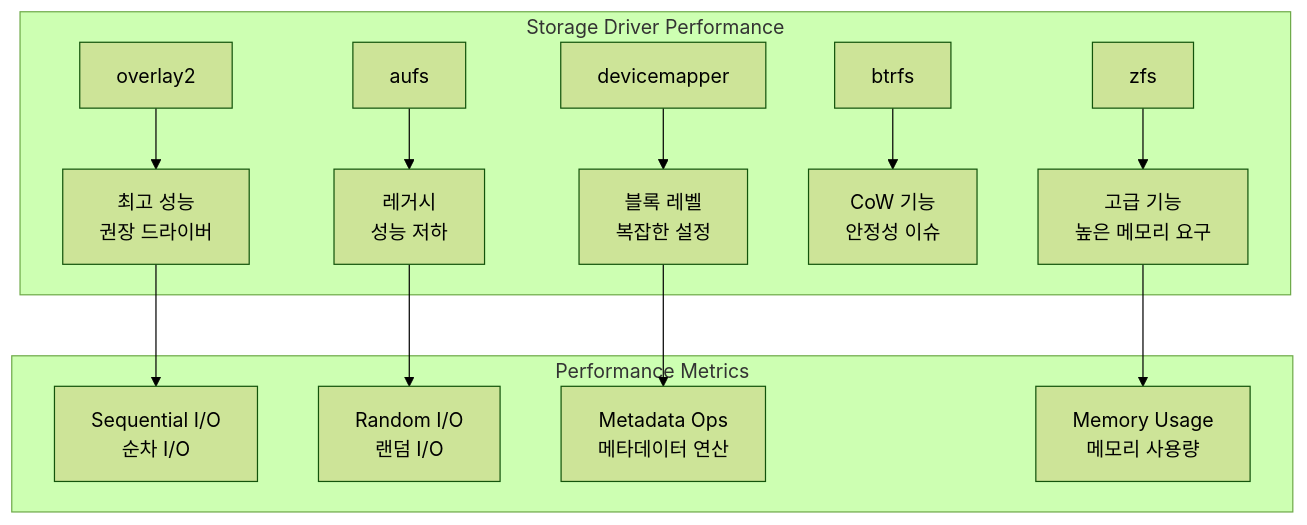
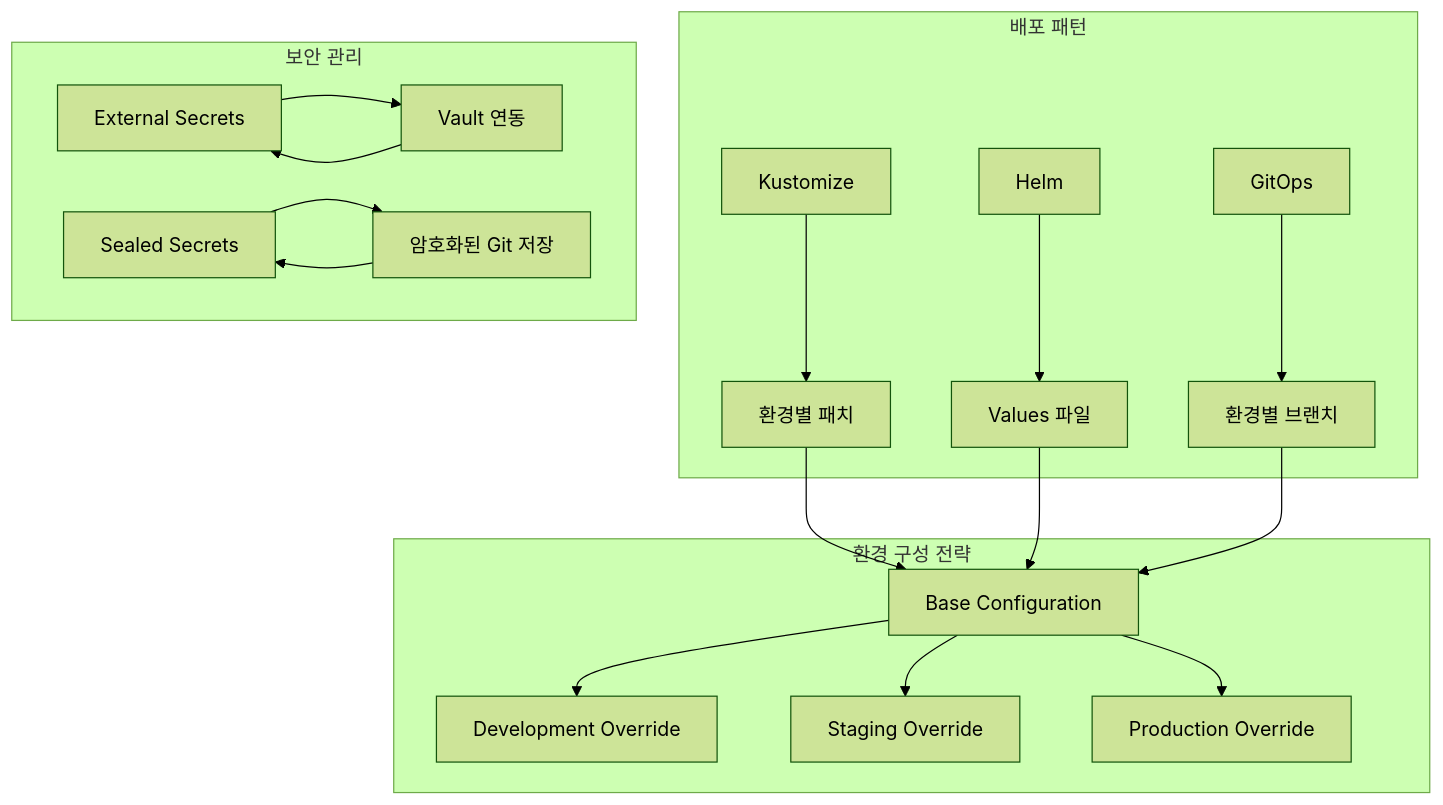
Before and after one commit to niceguy61/kdt_devops_lecture_2025: the fourth of 4 diagrams in week_02/day_02/session_04.md, drawn with Mermaid (forest theme). The commit also changed other lines of this file and 38 other files, not shown here.

````diff
--- a/week_02/day_02/session_04.md
+++ b/week_02/day_02/session_04.md
@@ -15,22 +217,25 @@
 ```mermaid
 graph TB
-    subgraph "Storage Driver Performance"
-        A[overlay2] --> B[최고 성능<br/>권장 드라이버]
-        C[aufs] --> D[레거시<br/>성능 저하]
-        E[devicemapper] --> F[블록 레벨<br/>복잡한 설정]
-        G[btrfs] --> H[CoW 기능<br/>안정성 이슈]
-        I[zfs] --> J[고급 기능<br/>높은 메모리 요구]
+    subgraph "환경 구성 전략"
+        A[Base Configuration] --> B[Development Override]
+        A --> C[Staging Override]
+        A --> D[Production Override]
     end
     
-    subgraph "Performance Metrics"
-        K[Sequential I/O<br/>순차 I/O]
-        L[Random I/O<br/>랜덤 I/O]
-        M[Metadata Ops<br/>메타데이터 연산]
-        N[Memory Usage<br/>메모리 사용량]
+    subgraph "배포 패턴"
+        E[Kustomize] --> F[환경별 패치]
+        G[Helm] --> H[Values 파일]
+        I[GitOps] --> J[환경별 브랜치]
     end
     
-    B --> K
-    D --> L
-    F --> M
-    J --> N
+    subgraph "보안 관리"
+        K[External Secrets] --> L[Vault 연동]
+        M[Sealed Secrets] --> N[암호화된 Git 저장]
+    end
+    
+    F --> A
+    H --> A
+    J --> A
+    L --> K
+    N --> M
 ```
````
